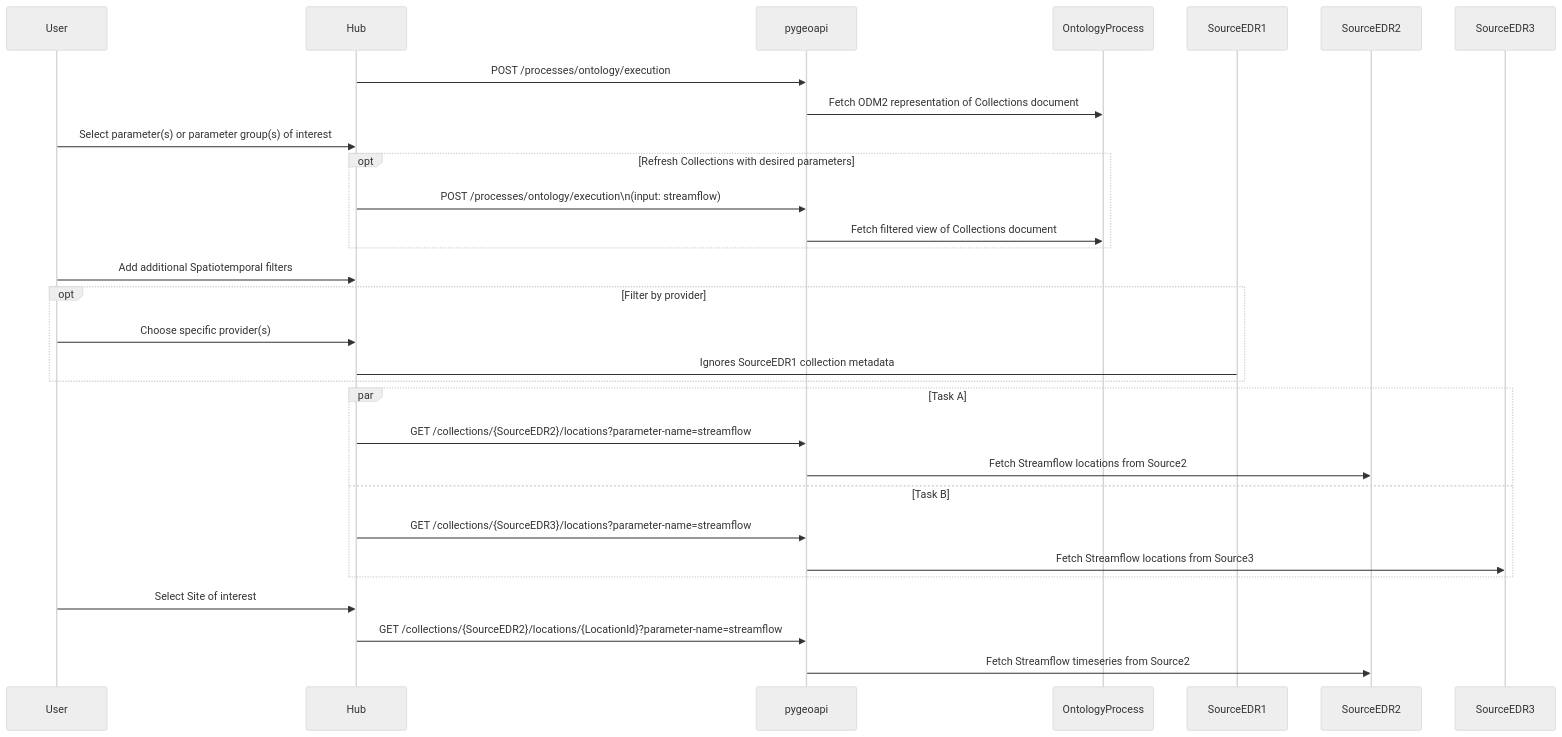
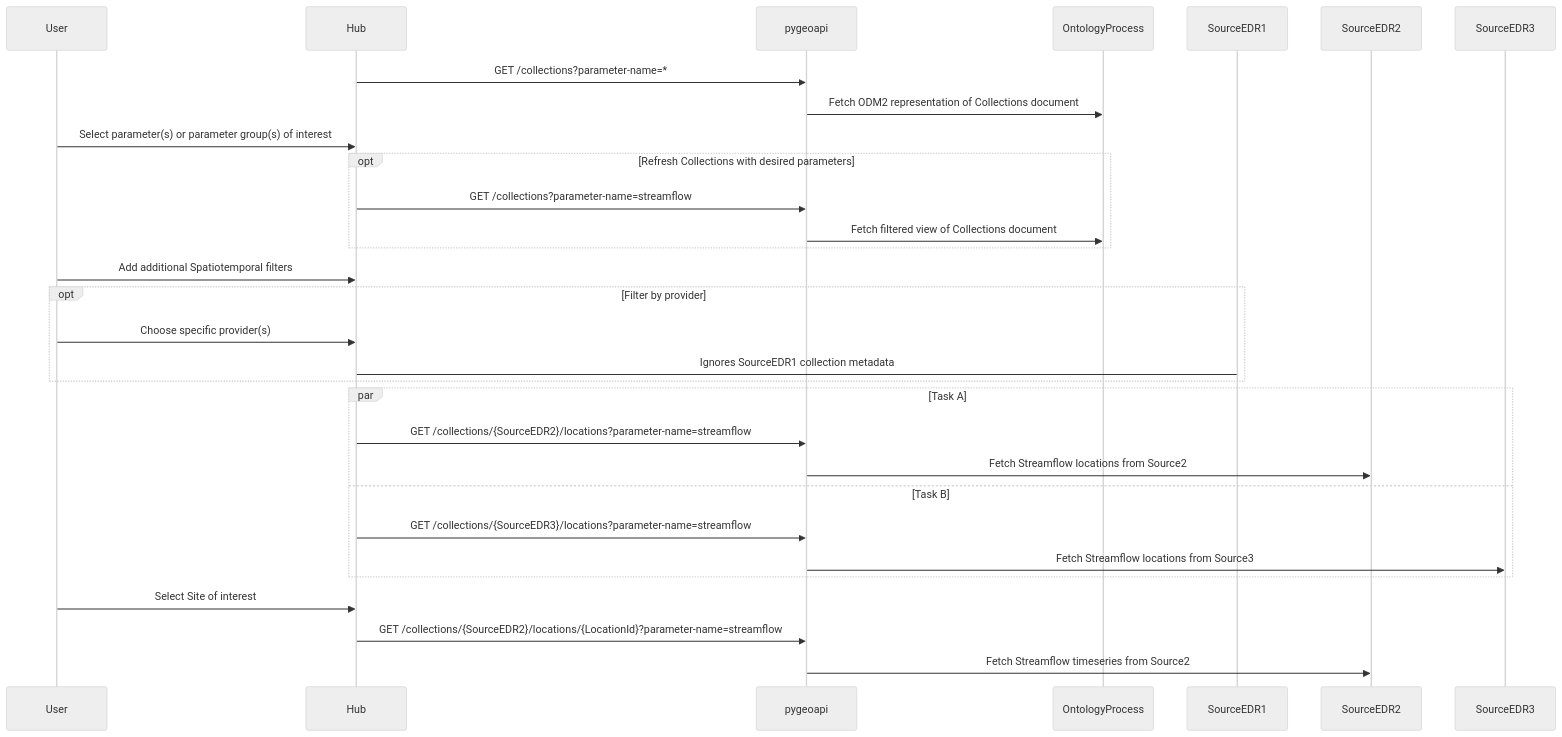
One commit to internetofwater/Western-Water-Datahub changed the fourth of 4 diagrams in docs/ontology.md. Above: the diagram before and after it, drawn with Mermaid (neutral theme). The commit also changed other lines of this file and 2 other files, not shown here.

Commit message:
Update ontology abstraction

````diff
--- a/docs/ontology.md
+++ b/docs/ontology.md
@@ -112,41 +113,41 @@
 ```mermaid
 sequenceDiagram
     participant User
     participant Hub
     participant pygeoapi
     participant OntologyProcess
     participant SourceEDR1
     participant SourceEDR2
     participant SourceEDR3
 
     %% Initial discovery via process execution
-    Hub->>pygeoapi: POST /processes/ontology/execution
+    Hub->>pygeoapi: GET /collections?parameter-name=*
     pygeoapi->>OntologyProcess: Fetch ODM2 representation of Collections document
 
     User->>Hub: Select parameter(s) or parameter group(s) of interest
 
     opt Refresh Collections with desired parameters
-        Hub->>pygeoapi: POST /processes/ontology/execution\n(input: streamflow)
+        Hub->>pygeoapi: GET /collections?parameter-name=streamflow
         pygeoapi->>OntologyProcess: Fetch filtered view of Collections document
     end
 
     User->>Hub: Add additional Spatiotemporal filters
 
     opt Filter by provider
         User->>Hub: Choose specific provider(s)
         Hub->SourceEDR1: Ignores SourceEDR1 collection metadata
     end
 
     %% Show locations matching filters
     par Task A
         Hub->>pygeoapi: GET /collections/{SourceEDR2}/locations?parameter-name=streamflow
         pygeoapi->>SourceEDR2: Fetch Streamflow locations from Source2
     and Task B
         Hub->>pygeoapi: GET /collections/{SourceEDR3}/locations?parameter-name=streamflow
         pygeoapi->>SourceEDR3: Fetch Streamflow locations from Source3
     end
 
     User->>Hub: Select Site of interest
     Hub->>pygeoapi: GET /collections/{SourceEDR2}/locations/{LocationId}?parameter-name=streamflow
     pygeoapi->>SourceEDR2: Fetch Streamflow timeseries from Source2
 ```
````
